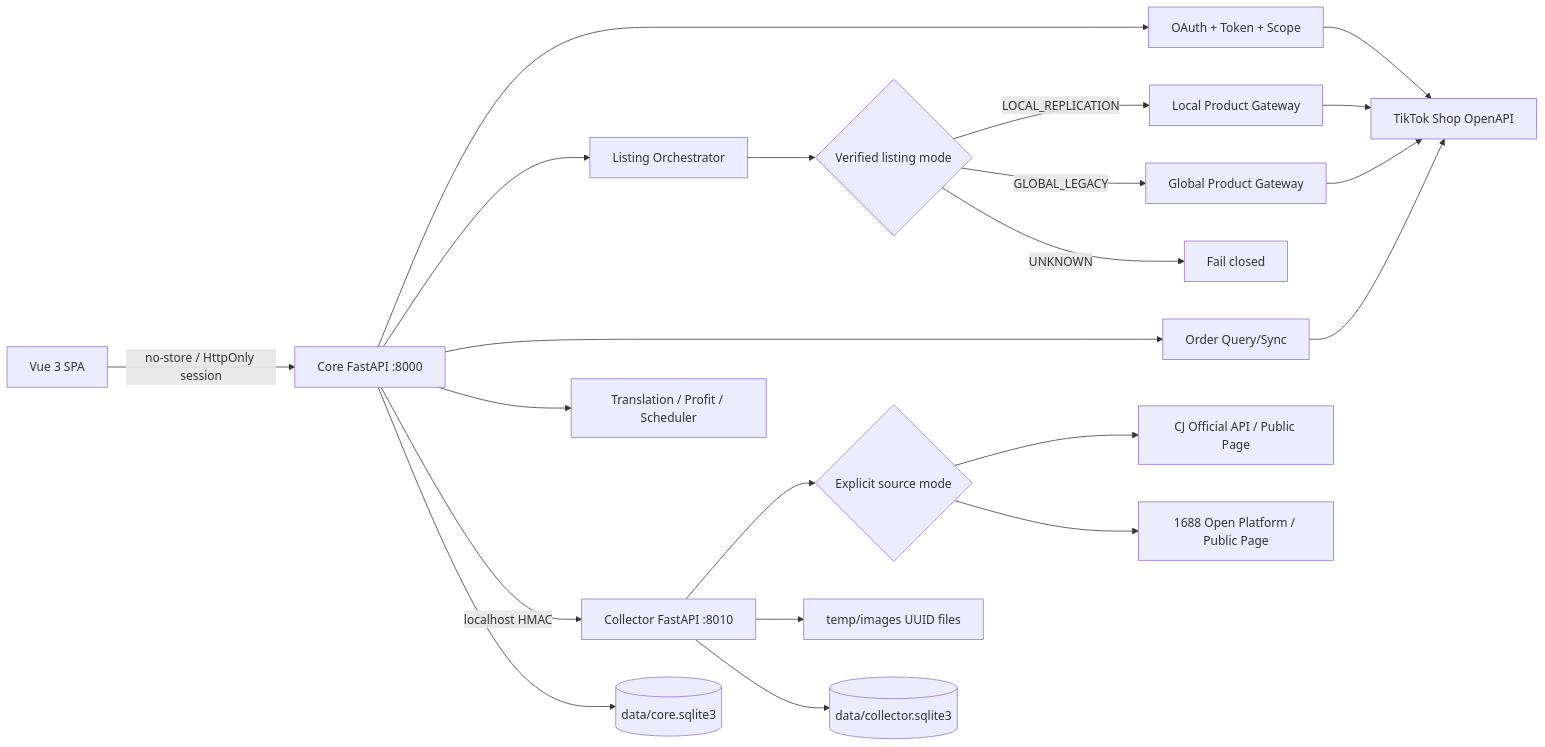
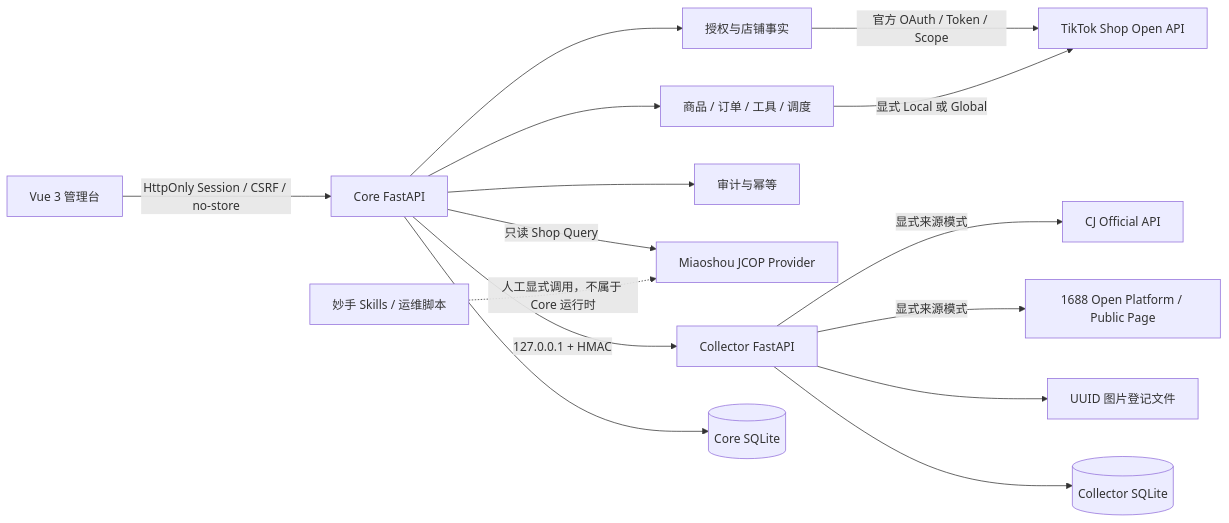
Before and after one commit to Senguk520/tiktok: the diagram in docs/tiktok_单店管理系统_84523573.plan.md, drawn with Mermaid. The commit also changed other lines of this file and 6 other files, not shown here.

First line of the commit message:
修复 Session 重登与图片边界回归

````diff
--- a/docs/tiktok_单店管理系统_84523573.plan.md
+++ b/docs/tiktok_单店管理系统_84523573.plan.md
@@ -46,23 +90,22 @@
 ```mermaid
 flowchart LR
-  UI[Vue 3 SPA] -->|no-store / HttpOnly session| API[Core FastAPI :8000]
-  API --> AUTH[OAuth + Token + Scope]
-  API --> LISTING[Listing Orchestrator]
-  API --> ORDER[Order Query/Sync]
-  API --> TOOL[Translation / Profit / Scheduler]
-  LISTING --> MODE{Verified listing mode}
-  MODE -->|LOCAL_REPLICATION| LOCAL[Local Product Gateway]
-  MODE -->|GLOBAL_LEGACY| GLOBAL[Global Product Gateway]
-  MODE -->|UNKNOWN| REJECT[Fail closed]
-  LOCAL --> TIKTOK[TikTok Shop OpenAPI]
-  GLOBAL --> TIKTOK
-  AUTH --> TIKTOK
-  ORDER --> TIKTOK
-  API -->|localhost HMAC| COLLECTOR[Collector FastAPI :8010]
-  COLLECTOR --> SOURCE{Explicit source mode}
-  SOURCE --> CJ[CJ Official API / Public Page]
-  SOURCE --> A1688[1688 Open Platform / Public Page]
-  COLLECTOR --> IMG[temp/images UUID files]
-  API --> COREDB[(data/core.sqlite3)]
-  COLLECTOR --> COLDB[(data/collector.sqlite3)]
+  UI[Vue 3 管理台] -->|HttpOnly Session / CSRF / no-store| CORE[Core FastAPI]
+
+  CORE --> AUTH[授权与店铺事实]
+  CORE --> COMMERCE[商品 / 订单 / 工具 / 调度]
+  CORE --> AUDIT[审计与幂等]
+
+  AUTH -->|官方 OAuth / Token / Scope| TIKTOK[TikTok Shop Open API]
+  COMMERCE -->|显式 Local 或 Global| TIKTOK
+
+  CORE -->|只读 Shop Query| MIAO[Miaoshou JCOP Provider]
+  SKILLS[妙手 Skills / 运维脚本] -.人工显式调用，不属于 Core 运行时.-> MIAO
+
+  CORE -->|127.0.0.1 + HMAC| COLLECTOR[Collector FastAPI]
+  COLLECTOR -->|显式来源模式| CJ[CJ Official API]
+  COLLECTOR -->|显式来源模式| A1688[1688 Open Platform / Public Page]
+  COLLECTOR --> IMAGES[UUID 图片登记文件]
+
+  CORE --> COREDB[(Core SQLite)]
+  COLLECTOR --> COLDB[(Collector SQLite)]
 ```
````
